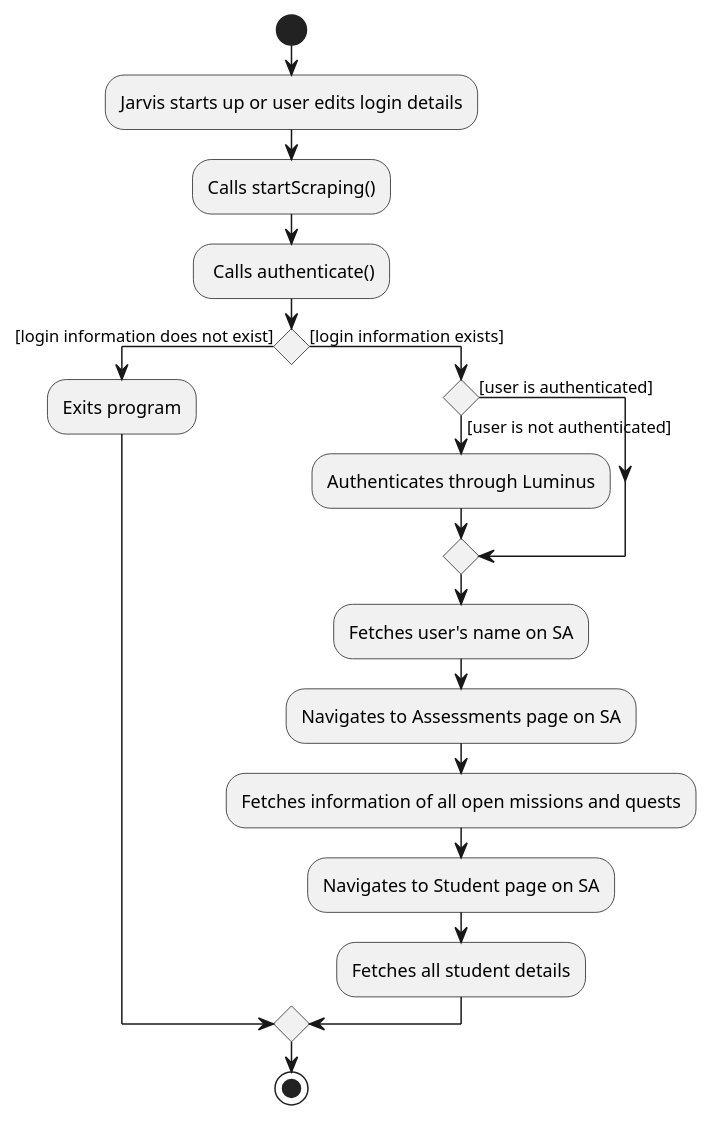
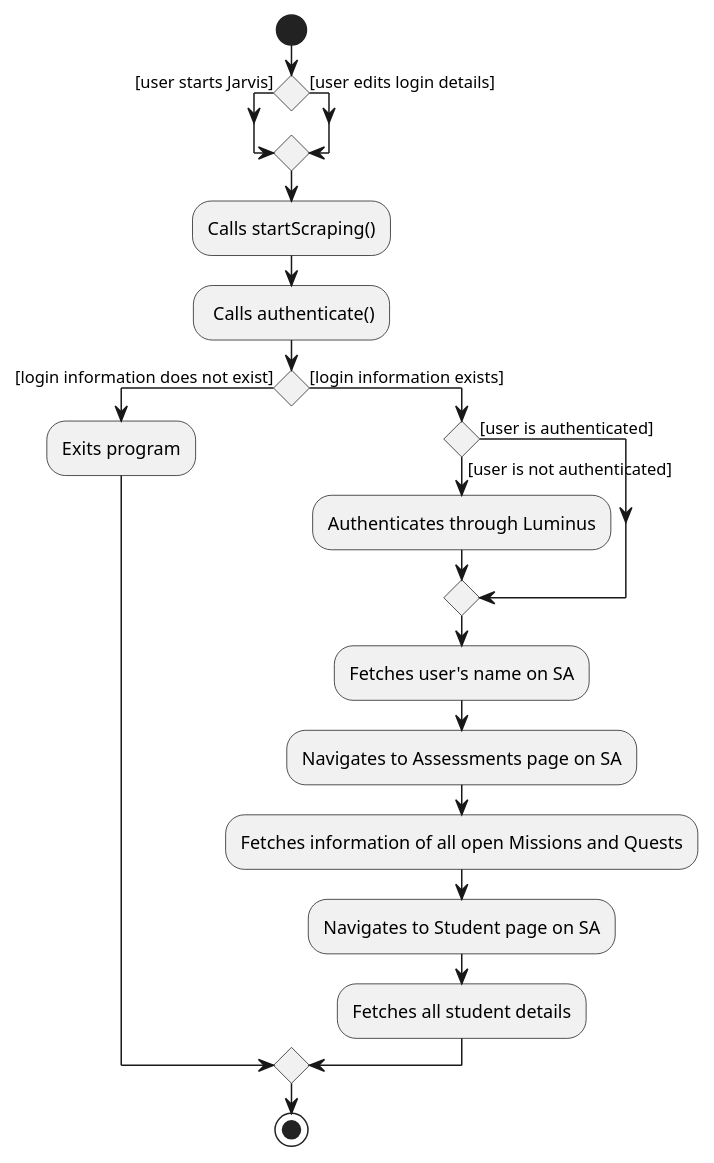
One commit to wireseo/tp changed the diagram in docs/diagrams/LoginPathDiagram.puml. Above: the diagram before and after it, drawn with PlantUML. The commit also changed 1 other file, not shown here.

```diff
--- a/docs/diagrams/LoginPathDiagram.puml
+++ b/docs/diagrams/LoginPathDiagram.puml
@@ -1,25 +1,28 @@
 @startuml
 start
-:Jarvis starts up or user edits login details;
+If () then ([user starts Jarvis])
+    else ([user edits login details])
+endif
+
 :Calls startScraping();
 : Calls authenticate();
 
 If () then ([login information does not exist])
     :Exits program;
 
     else ([login information exists])
 
 
     If () then ([user is not authenticated])
     :Authenticates through Luminus;
 
     else ([user is authenticated])
         endif
     :Fetches user's name on SA;
     :Navigates to Assessments page on SA;
-    :Fetches information of all open missions and quests;
+    :Fetches information of all open Missions and Quests;
     :Navigates to Student page on SA;
     :Fetches all student details;
     endif
 stop
 @enduml
```
